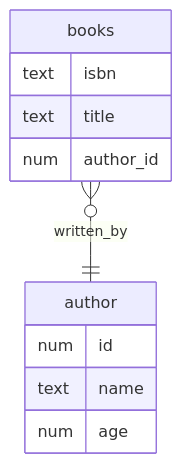
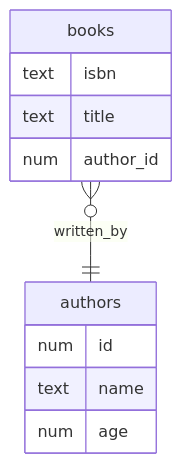
The second of 4 diagrams in 4_jpa/README.md (prasanvb/sprintBoot), drawn with Mermaid before and after one commit. The commit also changed other lines of this file, not shown here.

````diff
--- a/4_jpa/README.md
+++ b/4_jpa/README.md
@@ -11,16 +69,16 @@
 ```mermaid
-    erDiagram
-        books {
-            text isbn
-            text title
-            num author_id
-        }
-    
-        author {
-            num id
-            text name
-            num age
-        }
-    
-        books }o--|| author : "written_by"
+erDiagram
+    books {
+        text isbn
+        text title
+        num author_id
+    }
+
+    authors {
+        num id
+        text name
+        num age
+    }
+
+    books }o--|| authors : "written_by"
 ```
````
